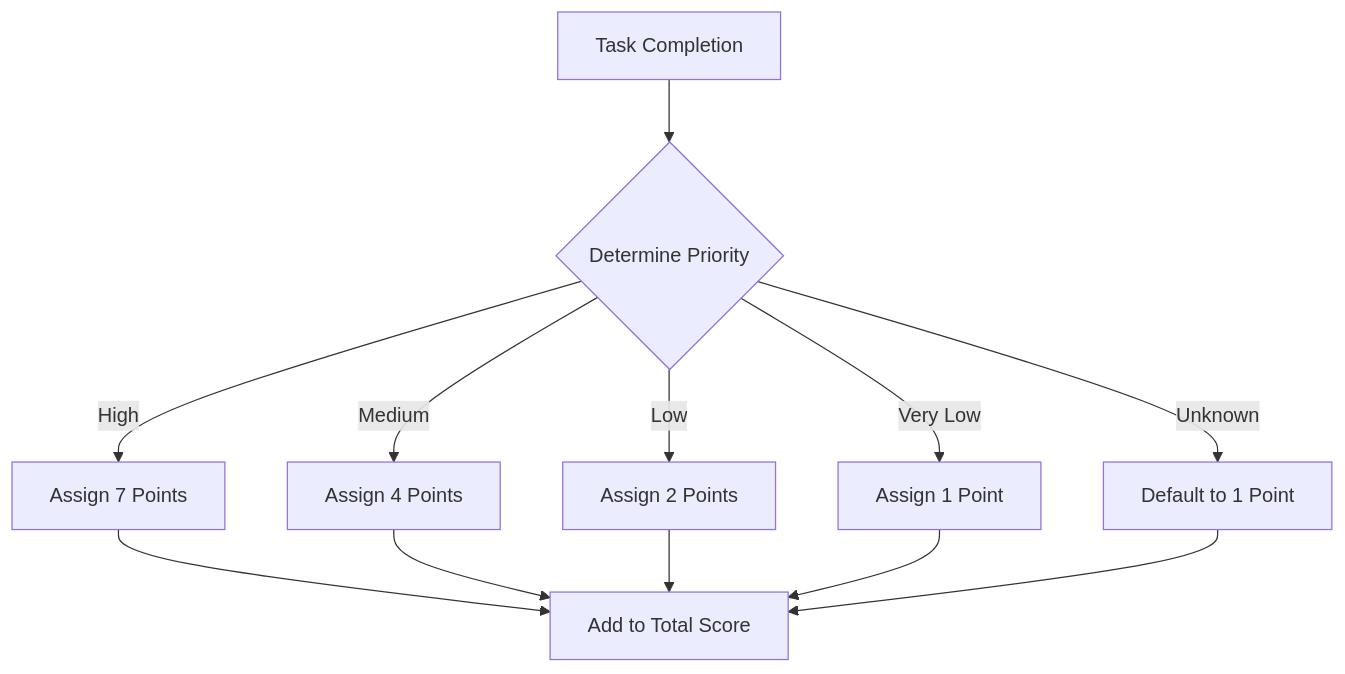
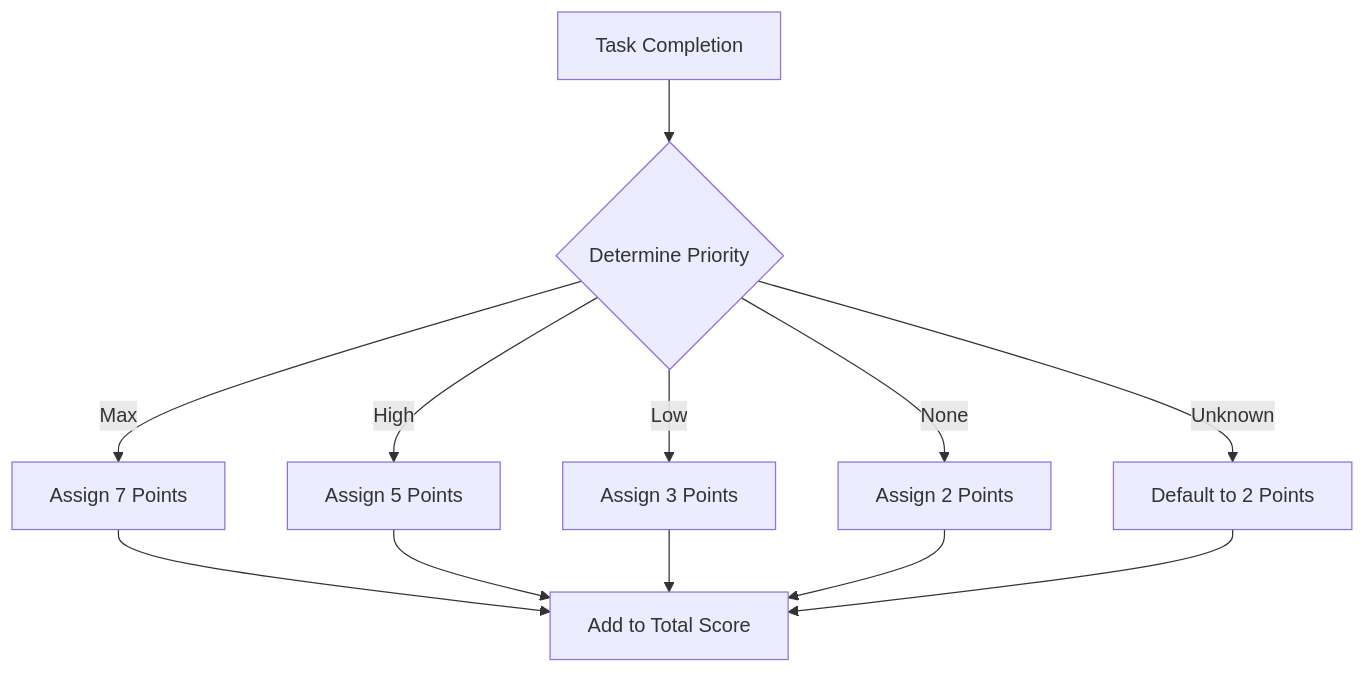
One commit to Saransh-Sharma/Tasker changed the first of 3 diagrams in .qoder/repowiki/en/content/Analytics and Daily Scoring/Scoring Algorithm.md. Above: the diagram before and after it, drawn with Mermaid. The commit also changed other lines of this file and 18 other files, not shown here.

````diff
--- a/.qoder/repowiki/en/content/Analytics and Daily Scoring/Scoring Algorithm.md
+++ b/.qoder/repowiki/en/content/Analytics and Daily Scoring/Scoring Algorithm.md
@@ -38,14 +51,14 @@
 ```mermaid
 flowchart TD
 A[Task Completion] --> B{Determine Priority}
-B --> |High| C[Assign 7 Points]
-B --> |Medium| D[Assign 4 Points]
-B --> |Low| E[Assign 2 Points]
-B --> |Very Low| F[Assign 1 Point]
-B --> |Unknown| G[Default to 1 Point]
+B --> |Max| C[Assign 7 Points]
+B --> |High| D[Assign 5 Points]
+B --> |Low| E[Assign 3 Points]
+B --> |None| F[Assign 2 Points]
+B --> |Unknown| G[Default to 2 Points]
 C --> H[Add to Total Score]
 D --> H
 E --> H
 F --> H
 G --> H
 ```
````
